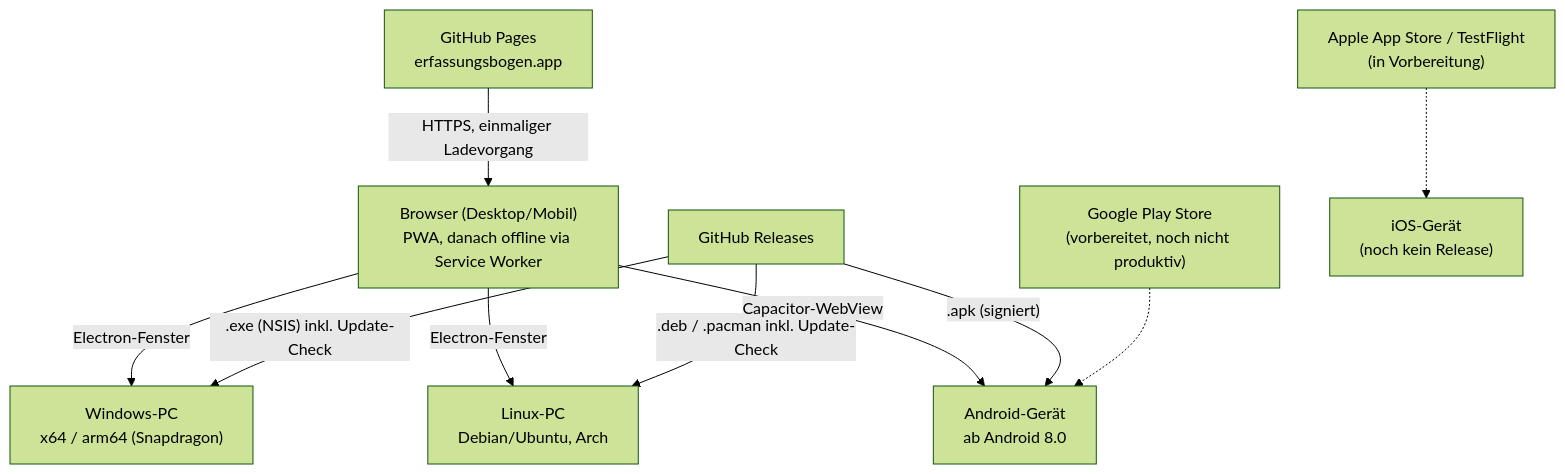
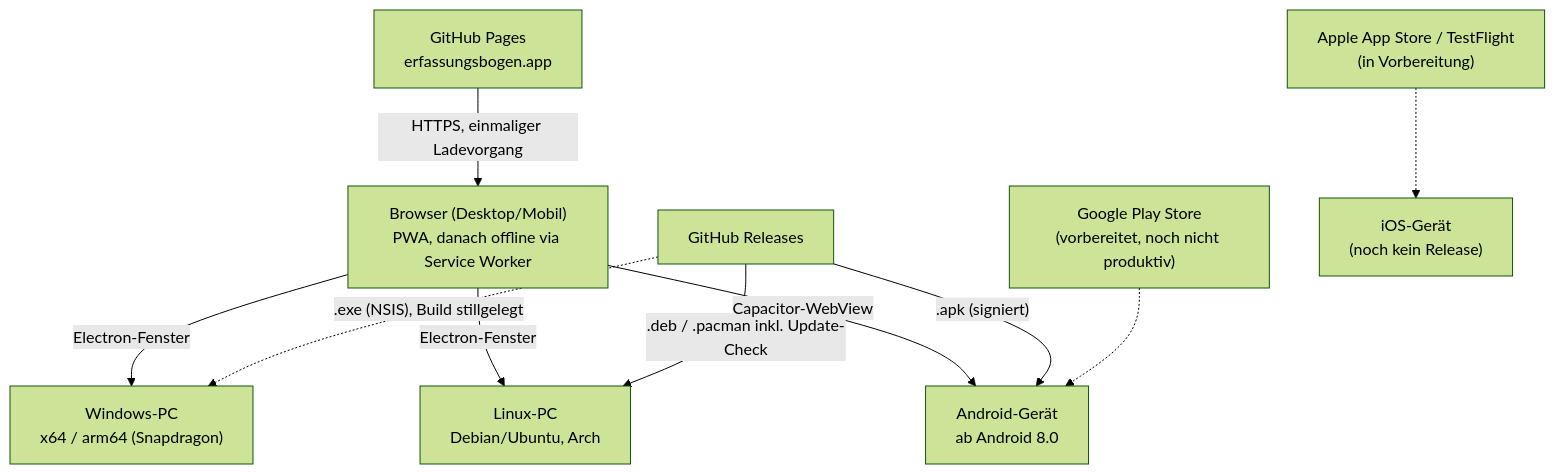
One commit to wattnpapa/erfassungsbogen changed diagram 11 of 12 in docs/arc42-architektur.md. Above: the diagram before and after it, drawn with Mermaid (forest theme). The commit also changed other lines of this file and 6 other files, not shown here.

````diff
--- a/docs/arc42-architektur.md
+++ b/docs/arc42-architektur.md
@@ -888,16 +893,16 @@
 ```mermaid
 flowchart TB
   Pages["GitHub Pages<br/>erfassungsbogen.app"] -->|"HTTPS, einmaliger Ladevorgang"| Browser["Browser (Desktop/Mobil)<br/>PWA, danach offline via Service Worker"]
   Releases["GitHub Releases"]
   Play["Google Play Store<br/>(vorbereitet, noch nicht produktiv)"]
   Apple["Apple App Store / TestFlight<br/>(in Vorbereitung)"]
 
   Browser -->|"Electron-Fenster"| Win["Windows-PC<br/>x64 / arm64 (Snapdragon)"]
-  Releases -->|".exe (NSIS) inkl. Update-Check"| Win
+  Releases -.->|".exe (NSIS), Build stillgelegt"| Win
   Browser -->|"Electron-Fenster"| Linux["Linux-PC<br/>Debian/Ubuntu, Arch"]
   Releases -->|".deb / .pacman inkl. Update-Check"| Linux
   Browser -->|"Capacitor-WebView"| Android["Android-Gerät<br/>ab Android 8.0"]
   Releases -->|".apk (signiert)"| Android
   Play -.-> Android
   Apple -.-> iOS["iOS-Gerät<br/>(noch kein Release)"]
 ```
````
